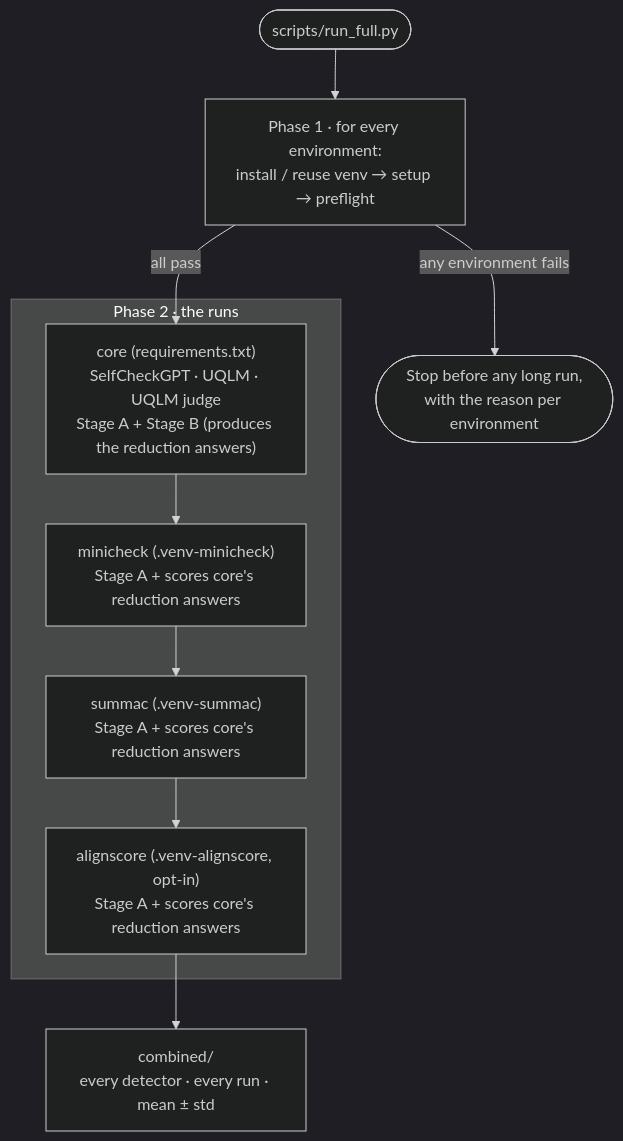
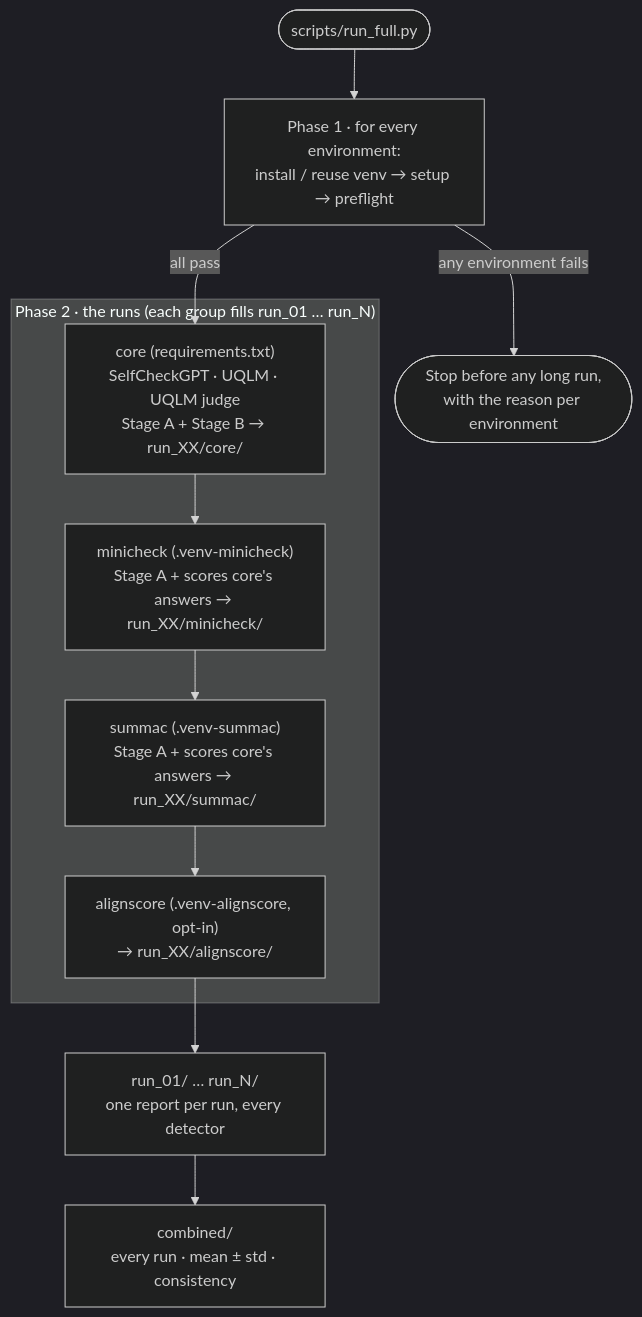
Before and after one commit to DharambirAgrawal/LLM-hallucination-Research: the second of 5 diagrams in docs/ARCHITECTURE.md, drawn with Mermaid (dark theme). The commit also changed other lines of this file and 7 other files, not shown here.

````diff
--- a/docs/ARCHITECTURE.md
+++ b/docs/ARCHITECTURE.md
@@ -46,17 +46,18 @@
 ```mermaid
 flowchart TD
     rf(["scripts/run_full.py"])
     rf --> p1["Phase 1 · for every environment:<br/>install / reuse venv → setup → preflight"]
     p1 -->|any environment fails| stop(["Stop before any long run,<br/>with the reason per environment"])
     p1 -->|all pass| core
 
-    subgraph P2["Phase 2 · the runs"]
-        core["core (requirements.txt)<br/>SelfCheckGPT · UQLM · UQLM judge<br/>Stage A + Stage B (produces the reduction answers)"]
-        mc["minicheck (.venv-minicheck)<br/>Stage A + scores core's reduction answers"]
-        su["summac (.venv-summac)<br/>Stage A + scores core's reduction answers"]
-        al["alignscore (.venv-alignscore, opt-in)<br/>Stage A + scores core's reduction answers"]
+    subgraph P2["Phase 2 · the runs (each group fills run_01 … run_N)"]
+        core["core (requirements.txt)<br/>SelfCheckGPT · UQLM · UQLM judge<br/>Stage A + Stage B → run_XX/core/"]
+        mc["minicheck (.venv-minicheck)<br/>Stage A + scores core's answers → run_XX/minicheck/"]
+        su["summac (.venv-summac)<br/>Stage A + scores core's answers → run_XX/summac/"]
+        al["alignscore (.venv-alignscore, opt-in)<br/>→ run_XX/alignscore/"]
         core --> mc --> su --> al
     end
 
-    al --> comb["combined/<br/>every detector · every run · mean ± std"]
+    al --> perrun["run_01/ … run_N/<br/>one report per run, every detector"]
+    perrun --> comb["combined/<br/>every run · mean ± std · consistency"]
 ```
````
